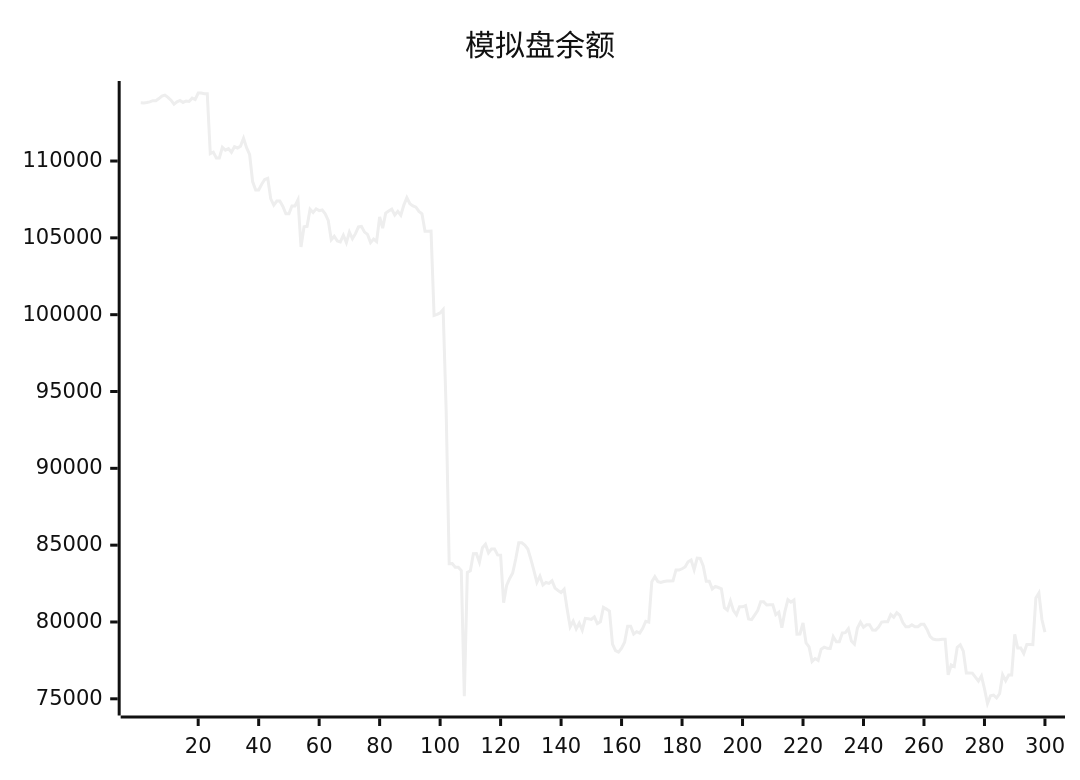
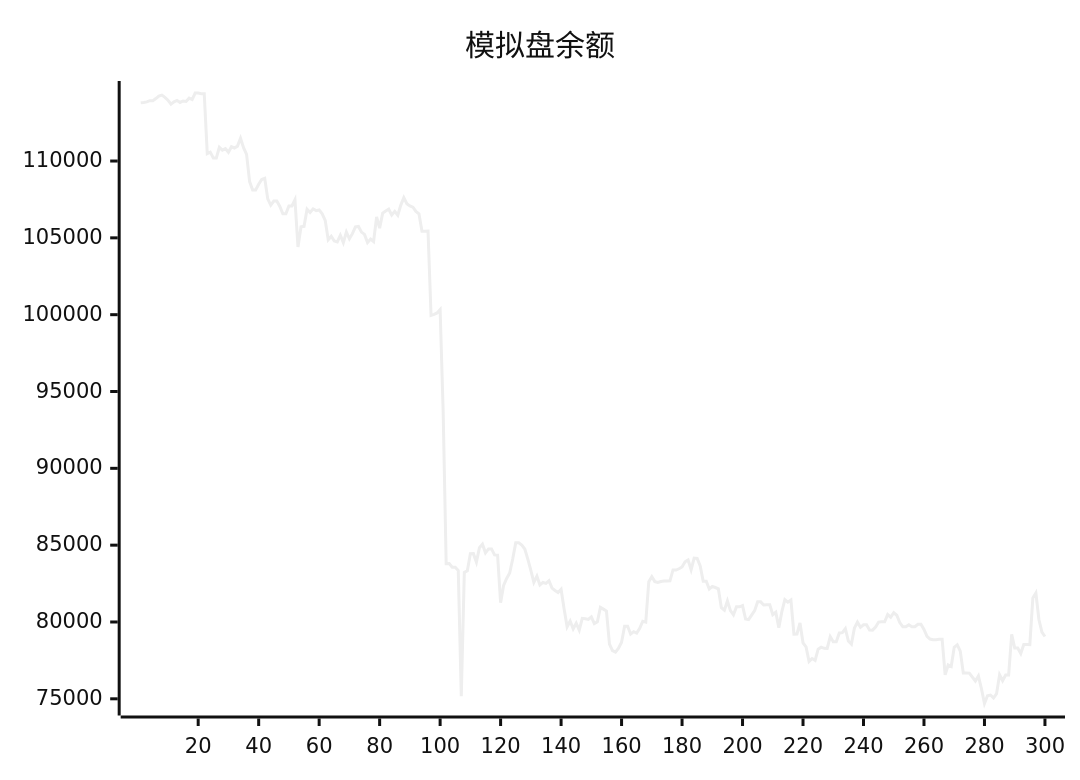
One commit to aahl/ai-trading changed the diagram in README.md. Above: the diagram before and after it, drawn with Mermaid (neutral theme). The commit also changed other lines of this file and 1 other file, not shown here.

````diff
--- a/README.md
+++ b/README.md
@@ -5,5 +5,5 @@
 ```mermaid
 xychart
     title "模拟盘余额"
-    line [113794,113784,113810,113848,113927,113929,114064,114232,114293,114144,113960,113698,113853,113942,113812,113908,113877,114091,113998,114427,114422,114384,114384,110477,110576,110198,110198,110890,110712,110812,110569,110929,110847,110968,111478,110870,110433,108661,108116,108115,108485,108797,108877,107536,107134,107393,107393,107046,106565,106565,107081,107081,107478,104404,105715,105749,106866,106651,106889,106771,106816,106565,106141,104876,105103,104796,104734,105169,104690,105380,104941,105272,105709,105739,105374,105227,104691,104924,104762,106364,105628,106608,106748,106872,106485,106721,106468,107132,107620,107224,107080,107001,106717,106567,105431,105431,105440,99950,100017,100113,100337,93749,83795,83807,83567,83567,83342,75168,83222,83336,84448,84449,83896,84839,85065,84499,84757,84757,84364,84347,81254,82385,82835,83184,84099,85150,85150,85002,84751,84096,83356,82582,82983,82404,82572,82512,82688,82200,82047,81920,82125,80840,79688,80060,79552,79920,79470,80236,80208,80170,80336,79894,80006,80954,80837,80712,78561,78139,78037,78293,78682,79720,79720,79214,79372,79279,79591,80046,79993,82625,82950,82626,82571,82633,82670,82670,82681,83386,83378,83464,83579,83920,84037,83402,84160,84142,83652,82655,82655,82145,82315,82243,82163,80934,80770,81371,80742,80468,80989,80989,81067,80191,80155,80450,80737,81309,81309,81106,81119,81119,80471,80631,79624,80670,81448,81290,81429,79212,79222,79940,78643,78380,77432,77623,77504,78235,78358,78284,78277,79048,78714,78714,79290,79308,79567,78763,78563,79603,79988,79652,79813,79813,79476,79469,79673,79995,80015,80015,80486,80314,80600,80436,79966,79689,79689,79819,79692,79692,79850,79850,79518,79071,78889,78850,78850,78878,78878,76554,77202,77103,78357,78510,78106,76678,76677,76672,76411,76159,76485,75656,74695,75197,75246,75052,75334,76564,76179,76553,76551,79196,78300,78300,77944,78531,78531,78521,81564,81884,80160,79335]
+    line [113784,113810,113848,113927,113929,114064,114232,114293,114144,113960,113698,113853,113942,113812,113908,113877,114091,113998,114427,114422,114384,114384,110477,110576,110198,110198,110890,110712,110812,110569,110929,110847,110968,111478,110870,110433,108661,108116,108115,108485,108797,108877,107536,107134,107393,107393,107046,106565,106565,107081,107081,107478,104404,105715,105749,106866,106651,106889,106771,106816,106565,106141,104876,105103,104796,104734,105169,104690,105380,104941,105272,105709,105739,105374,105227,104691,104924,104762,106364,105628,106608,106748,106872,106485,106721,106468,107132,107620,107224,107080,107001,106717,106567,105431,105431,105440,99950,100017,100113,100337,93749,83795,83807,83567,83567,83342,75168,83222,83336,84448,84449,83896,84839,85065,84499,84757,84757,84364,84347,81254,82385,82835,83184,84099,85150,85150,85002,84751,84096,83356,82582,82983,82404,82572,82512,82688,82200,82047,81920,82125,80840,79688,80060,79552,79920,79470,80236,80208,80170,80336,79894,80006,80954,80837,80712,78561,78139,78037,78293,78682,79720,79720,79214,79372,79279,79591,80046,79993,82625,82950,82626,82571,82633,82670,82670,82681,83386,83378,83464,83579,83920,84037,83402,84160,84142,83652,82655,82655,82145,82315,82243,82163,80934,80770,81371,80742,80468,80989,80989,81067,80191,80155,80450,80737,81309,81309,81106,81119,81119,80471,80631,79624,80670,81448,81290,81429,79212,79222,79940,78643,78380,77432,77623,77504,78235,78358,78284,78277,79048,78714,78714,79290,79308,79567,78763,78563,79603,79988,79652,79813,79813,79476,79469,79673,79995,80015,80015,80486,80314,80600,80436,79966,79689,79689,79819,79692,79692,79850,79850,79518,79071,78889,78850,78850,78878,78878,76554,77202,77103,78357,78510,78106,76678,76677,76672,76411,76159,76485,75656,74695,75197,75246,75052,75334,76564,76179,76553,76551,79196,78300,78300,77944,78531,78531,78521,81564,81884,80160,79335,79055]
 ```
````
